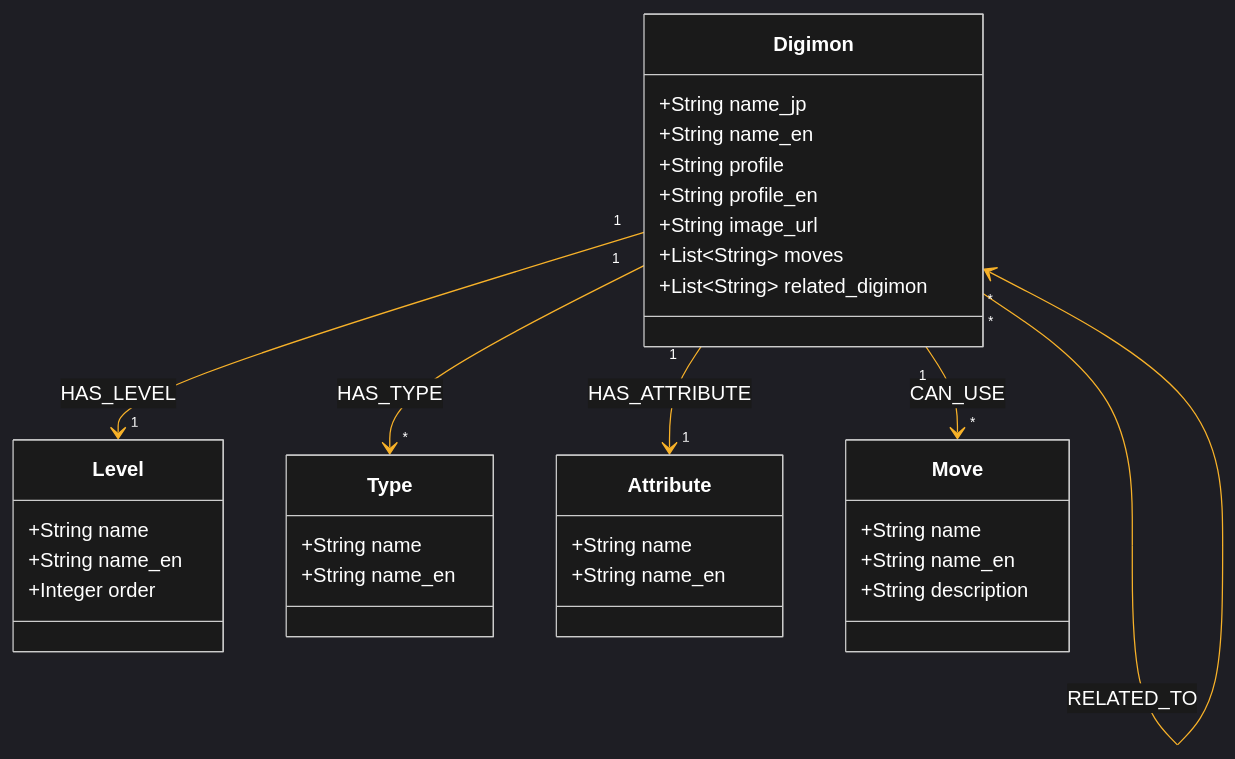
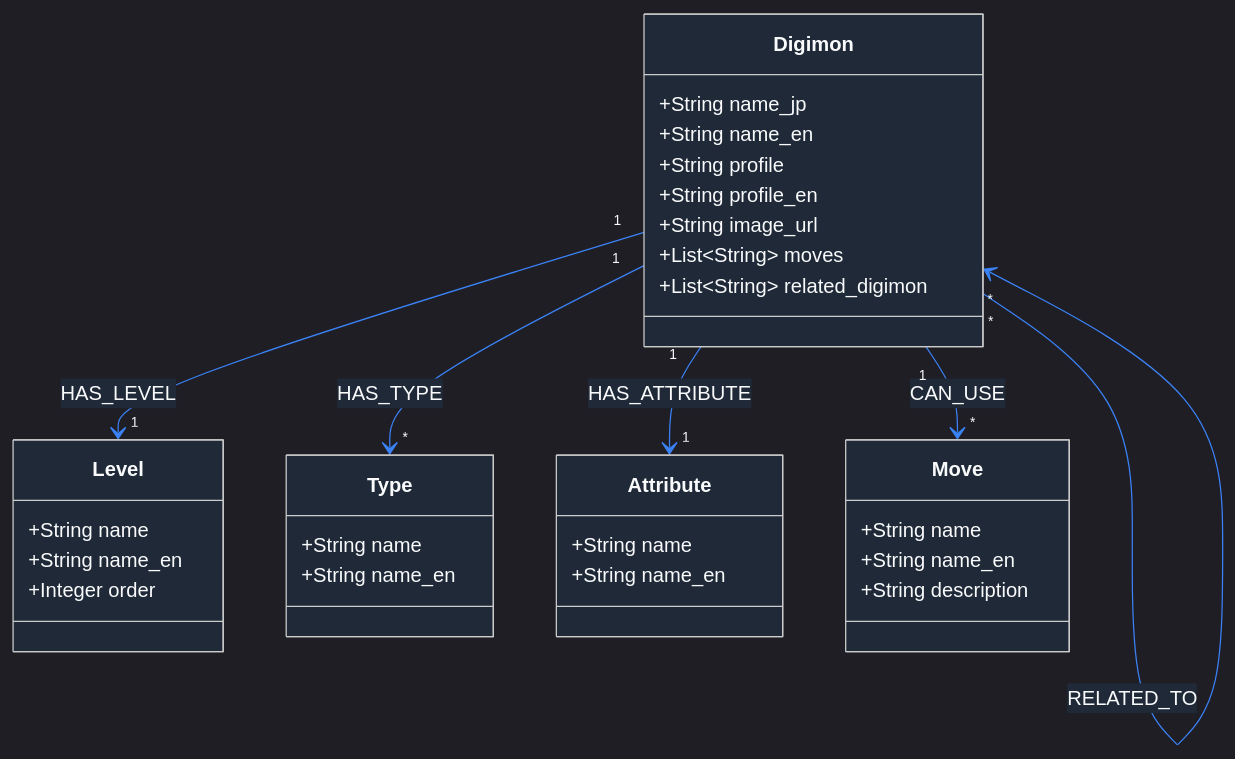
Before and after one commit to Ricoledan/digimon-knowledge-graph: the fifth of 5 diagrams in CLAUDE.md, drawn with Mermaid. The commit also changed other lines of this file, not shown here.

Commit message:
add diagrams

````diff
--- a/CLAUDE.md
+++ b/CLAUDE.md
@@ -368,41 +368,41 @@
 ```mermaid
-%%{init: {'theme':'dark', 'themeVariables': { 'primaryColor':'#1a1a1a', 'primaryTextColor':'#fff', 'primaryBorderColor':'#7C0000', 'lineColor':'#F8B229', 'secondaryColor':'#006100', 'tertiaryColor':'#2c3e50', 'background':'#1a1a1a', 'mainBkg':'#1a1a1a', 'secondBkg':'#2c3e50', 'tertiaryBkg':'#34495e', 'primaryBorderColor':'#fff', 'secondaryBorderColor':'#fff', 'tertiaryBorderColor':'#fff', 'clusterBkg':'#2c3e50', 'clusterBorder':'#fff', 'fontFamily':'monospace'}}}%%
+%%{init: {'theme':'dark', 'themeVariables': { 'primaryColor':'#1f2937', 'primaryTextColor':'#f9fafb', 'primaryBorderColor':'#60a5fa', 'lineColor':'#3b82f6', 'secondaryColor':'#059669', 'tertiaryColor':'#374151', 'background':'#111827', 'mainBkg':'#1f2937', 'secondBkg':'#374151', 'tertiaryBkg':'#4b5563', 'primaryBorderColor':'#60a5fa', 'secondaryBorderColor':'#10b981', 'tertiaryBorderColor':'#6366f1', 'clusterBkg':'#1f2937', 'clusterBorder':'#60a5fa', 'fontFamily':'monospace'}}}%%
 classDiagram
     class Digimon {
         +String name_jp
         +String name_en
         +String profile
         +String profile_en
         +String image_url
         +List~String~ moves
         +List~String~ related_digimon
     }
     
     class Level {
         +String name
         +String name_en
         +Integer order
     }
     
     class Type {
         +String name
         +String name_en
     }
     
     class Attribute {
         +String name
         +String name_en
     }
     
     class Move {
         +String name
         +String name_en
         +String description
     }
     
     Digimon "1" --> "1" Level : HAS_LEVEL
     Digimon "1" --> "*" Type : HAS_TYPE
     Digimon "1" --> "1" Attribute : HAS_ATTRIBUTE
     Digimon "1" --> "*" Move : CAN_USE
     Digimon "*" --> "*" Digimon : RELATED_TO
 ```
````
